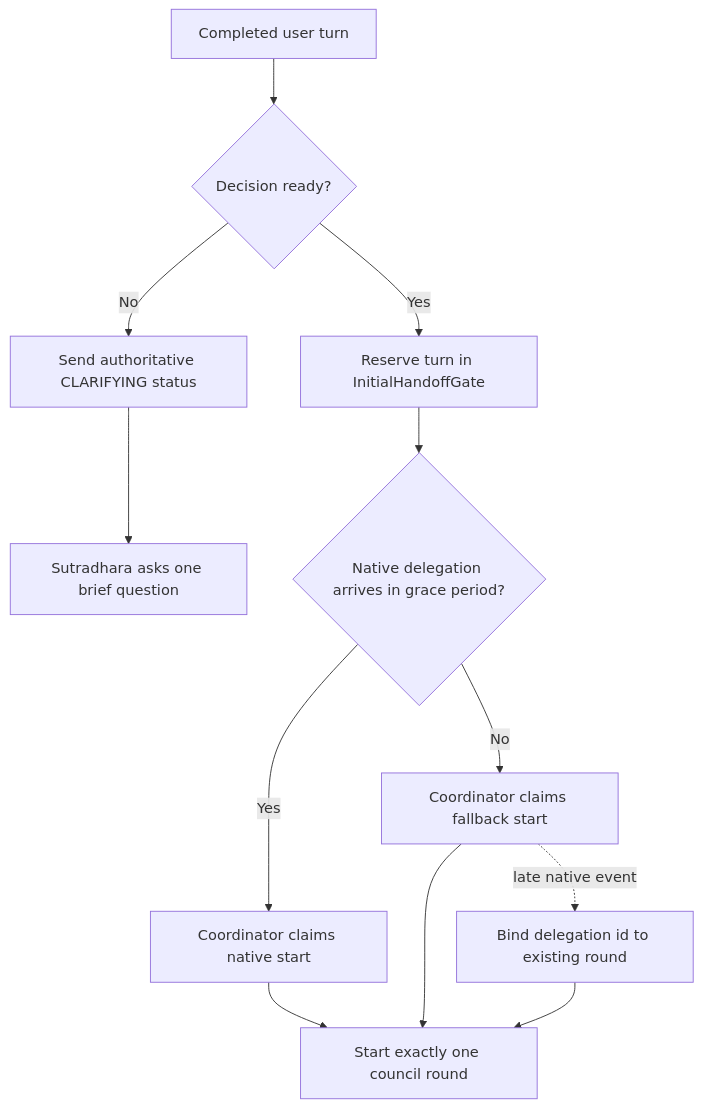
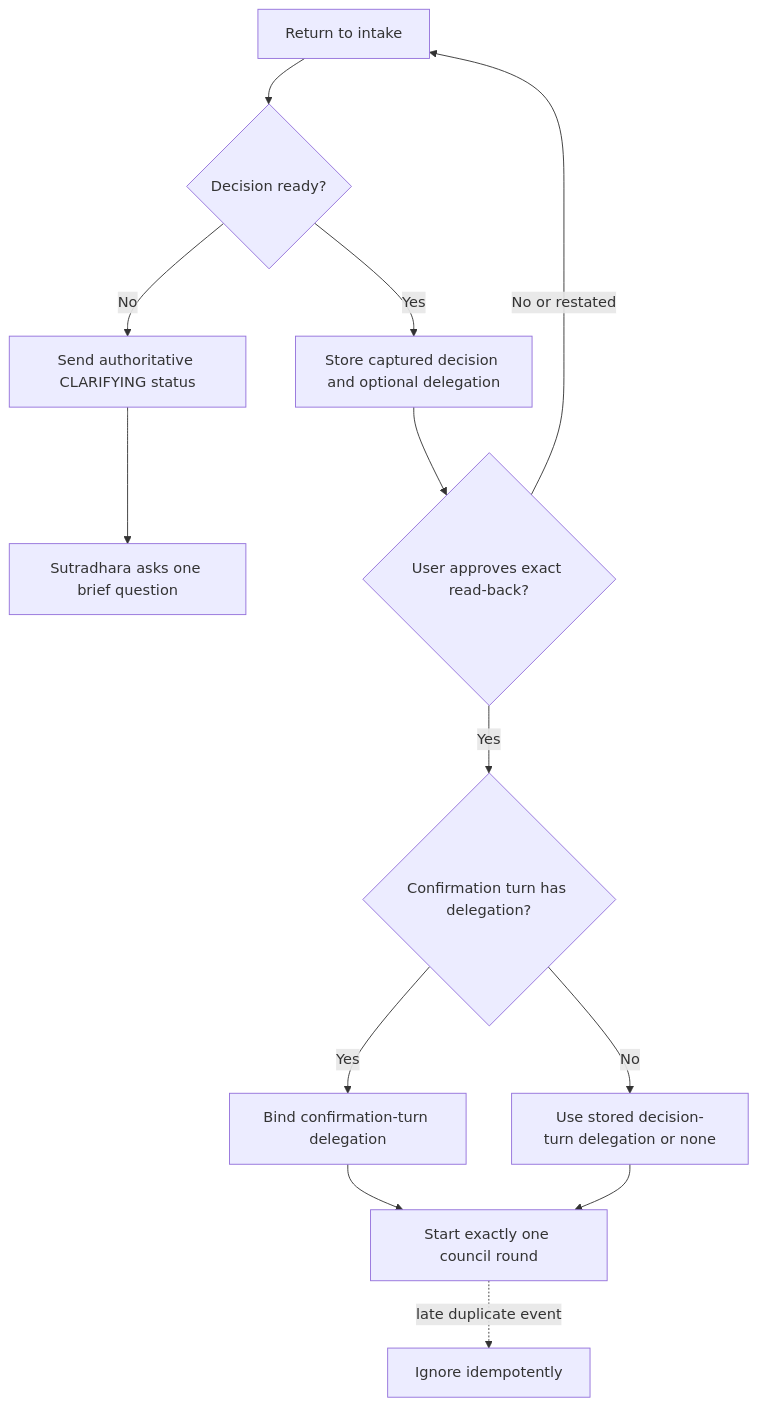
Before and after one commit to Laksh-star/sagacity-syndicate: the fifth of 10 diagrams in ARCHITECTURE.md, drawn with Mermaid. The commit also changed other lines of this file and 88 other files, not shown here.

````diff
--- a/ARCHITECTURE.md
+++ b/ARCHITECTURE.md
@@ -212,14 +260,15 @@
 ```mermaid
 flowchart TD
     T[Completed user turn] --> R{Decision ready?}
     R -->|No| C[Send authoritative CLARIFYING status]
     C --> Q[Sutradhara asks one brief question]
-    R -->|Yes| W[Reserve turn in InitialHandoffGate]
-    W --> N{Native delegation arrives in grace period?}
-    N -->|Yes| CN[Coordinator claims native start]
-    N -->|No| CF[Coordinator claims fallback start]
+    R -->|Yes| W[Store captured decision and optional delegation]
+    W --> A{User approves exact read-back?}
+    A -->|No or restated| T[Return to intake]
+    A -->|Yes| D{Confirmation turn has delegation?}
+    D -->|Yes| CN[Bind confirmation-turn delegation]
+    D -->|No| CF[Use stored decision-turn delegation or none]
     CN --> START[Start exactly one council round]
     CF --> START
-    CF -. late native event .-> BIND[Bind delegation id to existing round]
-    BIND --> START
+    START -. late duplicate event .-> IGNORE[Ignore idempotently]
 ```
````
